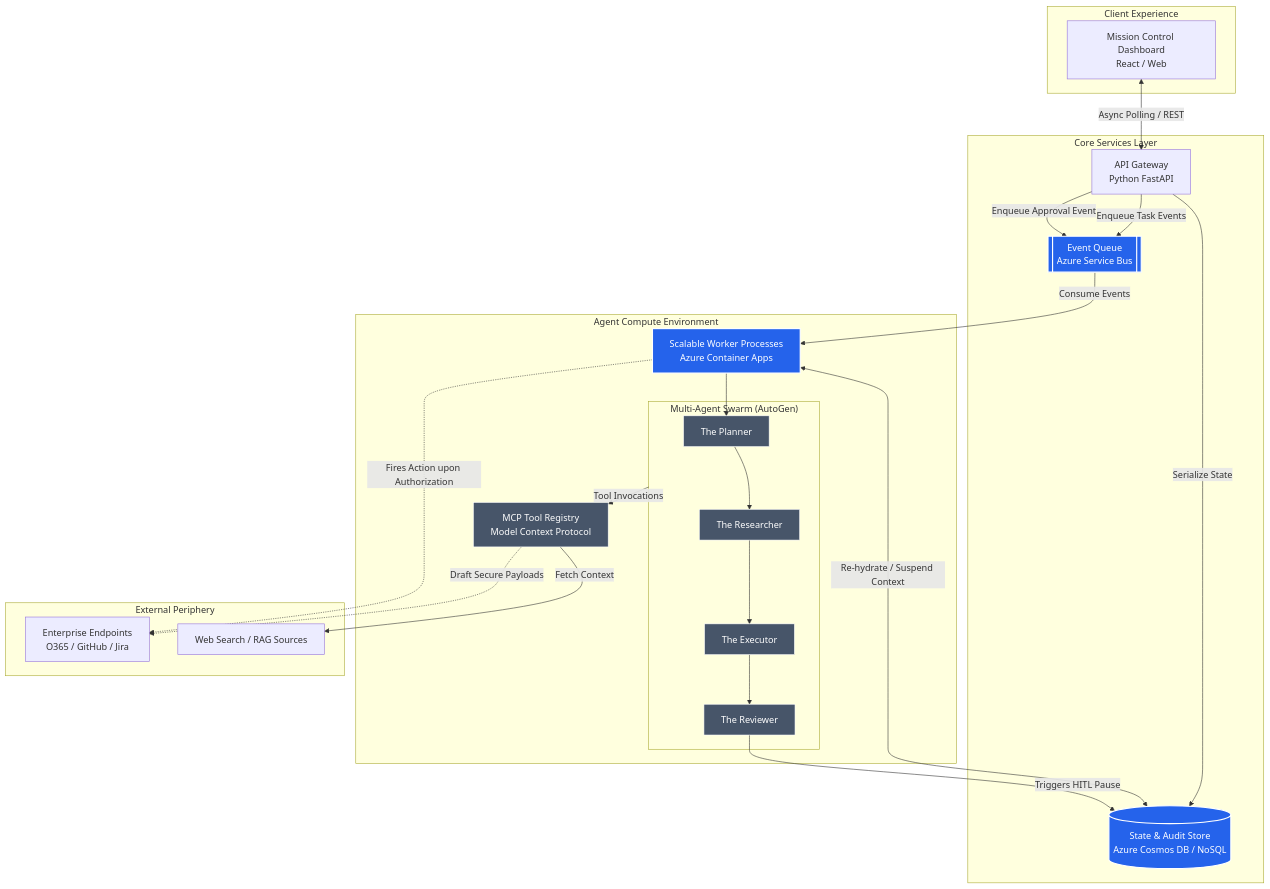
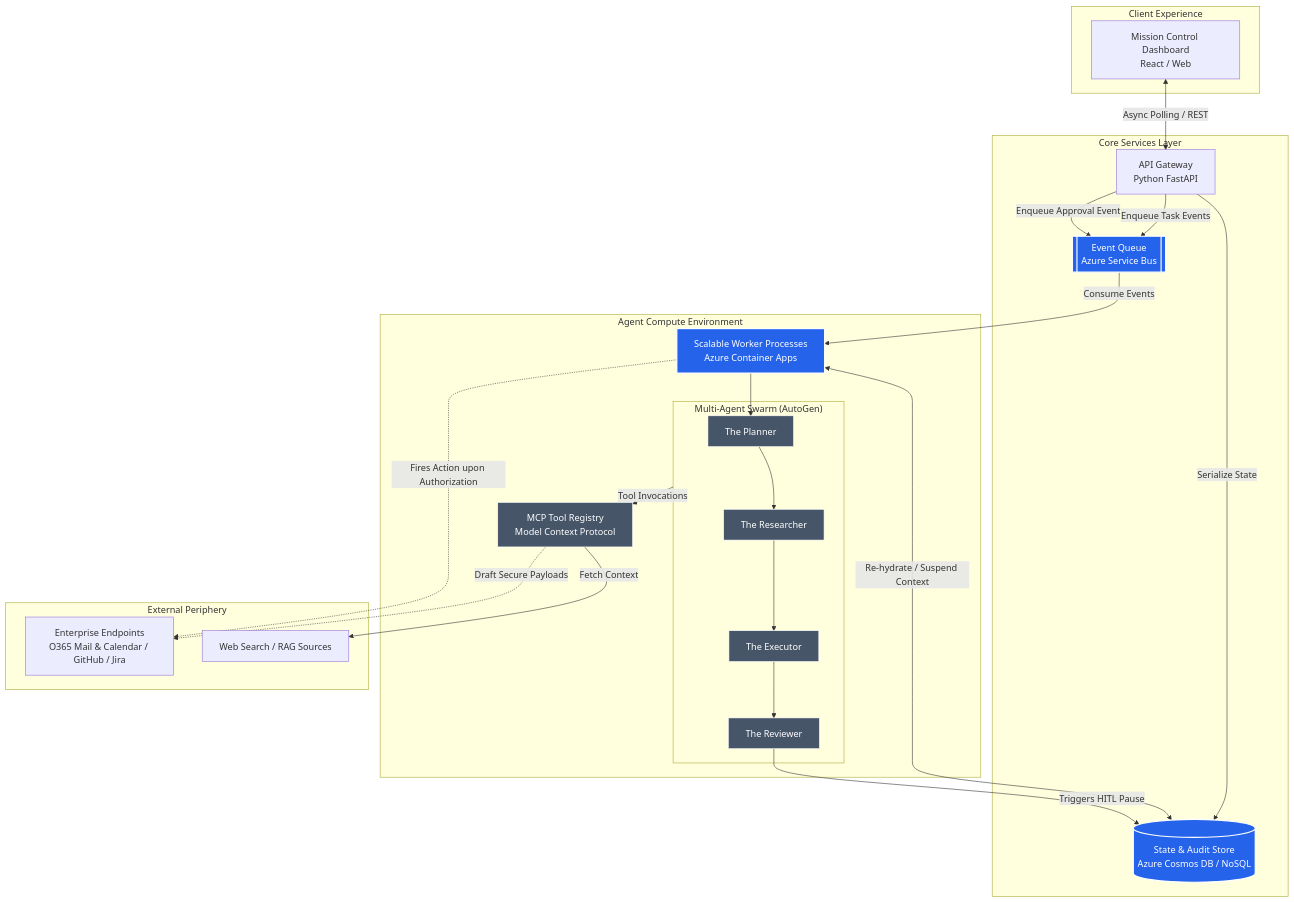
The second of 2 diagrams in pptx.md (SakuDaku05/OrchtrAI), drawn with Mermaid before and after one commit. The commit also changed other lines of this file, not shown here.

Commit message:
Update pptx.md with email and calendar scheduling features

````diff
--- a/pptx.md
+++ b/pptx.md
@@ -100,58 +100,58 @@
 ```mermaid
 flowchart TD
     subgraph Client Experience 
         UI[Mission Control Dashboard\nReact / Web]
     end
 
     subgraph Core Services Layer
         API[API Gateway\nPython FastAPI]
         DB[(State & Audit Store\nAzure Cosmos DB / NoSQL)]
         SB[[Event Queue\nAzure Service Bus]]
     end
 
     subgraph Agent Compute Environment
         Worker[Scalable Worker Processes\nAzure Container Apps]
         
         subgraph Swarm ["Multi-Agent Swarm (AutoGen)"]
             Direction[The Planner]
             Research[The Researcher]
             Action[The Executor]
             Guardrail[The Reviewer]
             
             Direction --> Research
             Research --> Action
             Action --> Guardrail
         end
         
         MCPRegistry[MCP Tool Registry\nModel Context Protocol]
         Swarm --> |Tool Invocations| MCPRegistry
     end
     
     subgraph External Periphery
-        TargetAPI[Enterprise Endpoints\nO365 / GitHub / Jira]
+        TargetAPI[Enterprise Endpoints\nO365 Mail & Calendar / GitHub / Jira]
         PublicWeb[Web Search / RAG Sources]
     end
 
     %% Connections
     UI <--> |Async Polling / REST| API
     API --> |Serialize State| DB
     API --> |Enqueue Task Events| SB
     
     SB --> |Consume Events| Worker
     Worker <--> |Re-hydrate / Suspend Context| DB
     
     Worker --> Direction
     
     MCPRegistry -->|Fetch Context| PublicWeb
     MCPRegistry -.-> |Draft Secure Payloads| TargetAPI
     Guardrail --> |Triggers HITL Pause| DB
     
     API --> |Enqueue Approval Event| SB
     Worker -.-> |Fires Action upon Authorization| TargetAPI
     
     %% Styling
     classDef primary fill:#2563EB,stroke:#fff,stroke-width:2px,color:#fff;
     classDef secondary fill:#475569,stroke:#fff,stroke-width:1px,color:#fff;
     class DB,SB,Worker primary;
     class Direction,Research,Action,Guardrail,MCPRegistry secondary;
 ```
````
